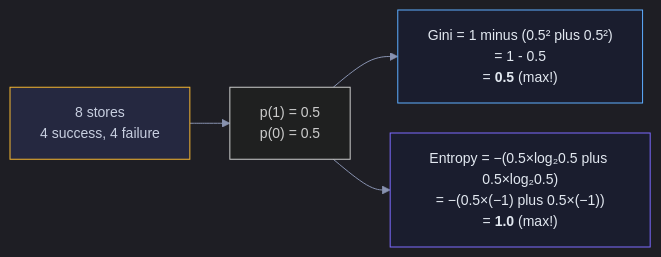
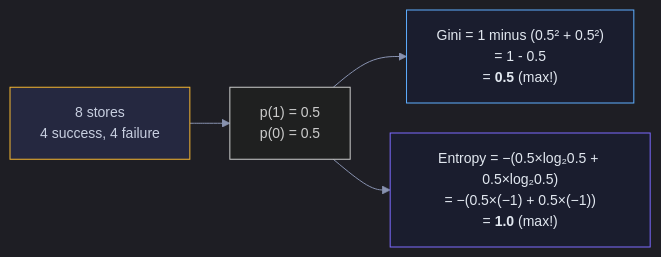
The second of 13 diagrams in Documents/Visual_Guides/ML_Concepts/Decision_Trees_Visual.md (snehith1234/StudyCircle), drawn with Mermaid before and after one commit. The commit also changed other lines of this file and 10 other files, not shown here.

First line of the commit message:
Fix Mermaid formatting and add RNN/LSTM guides

````diff
--- a/Documents/Visual_Guides/ML_Concepts/Decision_Trees_Visual.md
+++ b/Documents/Visual_Guides/ML_Concepts/Decision_Trees_Visual.md
@@ -105,11 +105,11 @@
 ```mermaid
 %%{init: {'theme': 'dark', 'themeVariables': {'darkMode': true, 'background': '#0e1117', 'primaryColor': '#1a1d2e', 'primaryTextColor': '#e2e8f0', 'primaryBorderColor': '#2d3148', 'lineColor': '#8892b0', 'secondaryColor': '#252840', 'tertiaryColor': '#1a1d2e', 'fontSize': '14px', 'edgeLabelBackground': '#0e1117'}, 'flowchart': {'nodeSpacing': 30, 'rankSpacing': 40, 'padding': 15, 'htmlLabels': true}}}%%
 graph LR
     DATA["8 stores<br/>4 success, 4 failure"] --> PROPS["p(1) = 0.5<br/>p(0) = 0.5"]
-    PROPS --> GINI["Gini = 1 minus (0.5² plus 0.5²)<br/>= 1 - 0.5<br/>= <b>0.5</b> (max!)"]
-    PROPS --> ENTROPY["Entropy = −(0.5×log₂0.5 plus 0.5×log₂0.5)<br/>= −(0.5×(−1) plus 0.5×(−1))<br/>= <b>1.0</b> (max!)"]
+    PROPS --> GINI["Gini = 1 minus (0.5² + 0.5²)<br/>= 1 - 0.5<br/>= <b>0.5</b> (max!)"]
+    PROPS --> ENTROPY["Entropy = −(0.5×log₂0.5 + 0.5×log₂0.5)<br/>= −(0.5×(−1) + 0.5×(−1))<br/>= <b>1.0</b> (max!)"]
 
     style DATA fill:#252840,stroke:#f5b731,color:#c8cfe0
     style GINI fill:#1a1d2e,stroke:#5eaeff,color:#e2e8f0
     style ENTROPY fill:#1a1d2e,stroke:#7c6aff,color:#e2e8f0
 ```
````
